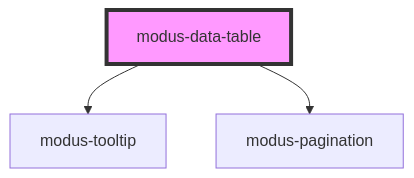
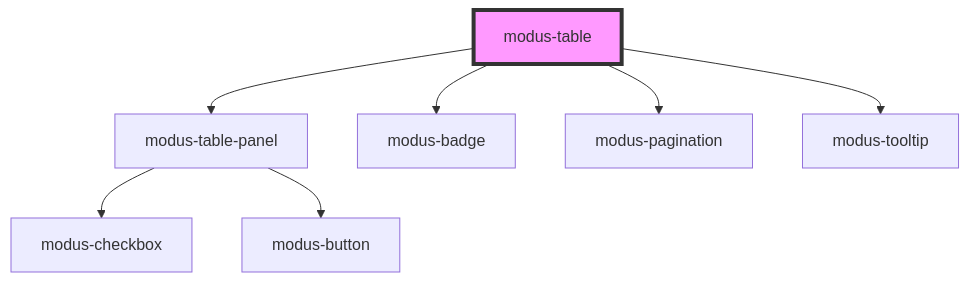
Before and after one commit to trimble-oss/modus-web-components: the diagram in stencil-workspace/src/components/modus-table/readme.md, drawn with Mermaid. The commit also changed other lines of this file and 27 other files, not shown here.

Commit message:
Cell Renderer for Modus Data Table

````diff
--- a/stencil-workspace/src/components/modus-table/readme.md
+++ b/stencil-workspace/src/components/modus-table/readme.md
@@ -60,6 +66,10 @@
 ```mermaid
 graph TD;
-  modus-data-table --> modus-tooltip
-  modus-data-table --> modus-pagination
-  style modus-data-table fill:#f9f,stroke:#333,stroke-width:4px
+  modus-table --> modus-table-panel
+  modus-table --> modus-badge
+  modus-table --> modus-pagination
+  modus-table --> modus-tooltip
+  modus-table-panel --> modus-checkbox
+  modus-table-panel --> modus-button
+  style modus-table fill:#f9f,stroke:#333,stroke-width:4px
 ```
````
